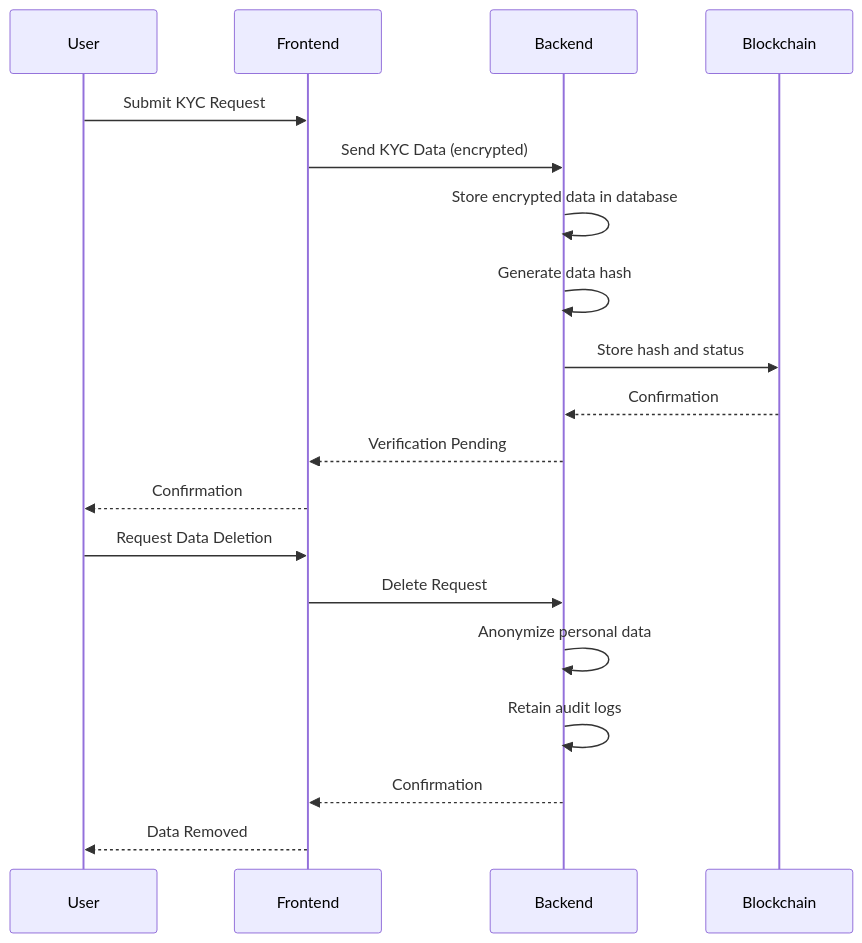
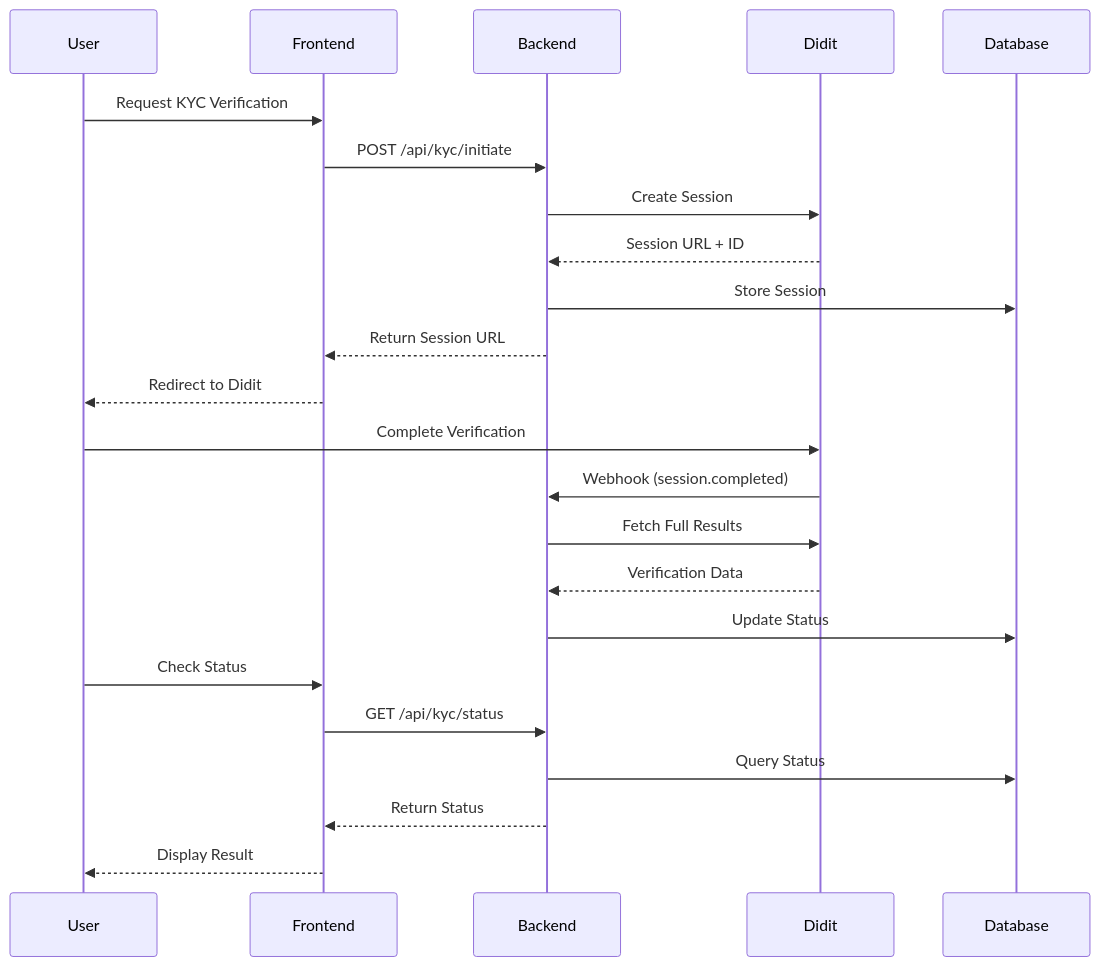
One commit to ProTechPh/FreelanceXchain-api changed the first of 3 diagrams in docs/content/Security Considerations/Data Privacy & KYC Protection.md. Above: the diagram before and after it, drawn with Mermaid. The commit also changed other lines of this file and 13 other files, not shown here.

First line of the commit message:
feat(kyc): integrate Didit KYC API replacing custom implementation

````diff
--- a/docs/content/Security Considerations/Data Privacy & KYC Protection.md
+++ b/docs/content/Security Considerations/Data Privacy & KYC Protection.md
@@ -133,21 +51,28 @@
 ```mermaid
 sequenceDiagram
-participant User
-participant Frontend
-participant Backend
-participant Blockchain
-User->>Frontend : Submit KYC Request
-Frontend->>Backend : Send KYC Data (encrypted)
-Backend->>Backend : Store encrypted data in database
-Backend->>Backend : Generate data hash
-Backend->>Blockchain : Store hash and status
-Blockchain-->>Backend : Confirmation
-Backend-->>Frontend : Verification Pending
-Frontend-->>User : Confirmation
-User->>Frontend : Request Data Deletion
-Frontend->>Backend : Delete Request
-Backend->>Backend : Anonymize personal data
-Backend->>Backend : Retain audit logs
-Backend-->>Frontend : Confirmation
-Frontend-->>User : Data Removed
+    participant User
+    participant Frontend
+    participant Backend
+    participant Didit
+    participant Database
+
+    User->>Frontend: Request KYC Verification
+    Frontend->>Backend: POST /api/kyc/initiate
+    Backend->>Didit: Create Session
+    Didit-->>Backend: Session URL + ID
+    Backend->>Database: Store Session
+    Backend-->>Frontend: Return Session URL
+    Frontend-->>User: Redirect to Didit
+
+    User->>Didit: Complete Verification
+    Didit->>Backend: Webhook (session.completed)
+    Backend->>Didit: Fetch Full Results
+    Didit-->>Backend: Verification Data
+    Backend->>Database: Update Status
+    
+    User->>Frontend: Check Status
+    Frontend->>Backend: GET /api/kyc/status
+    Backend->>Database: Query Status
+    Backend-->>Frontend: Return Status
+    Frontend-->>User: Display Result
 ```
````
